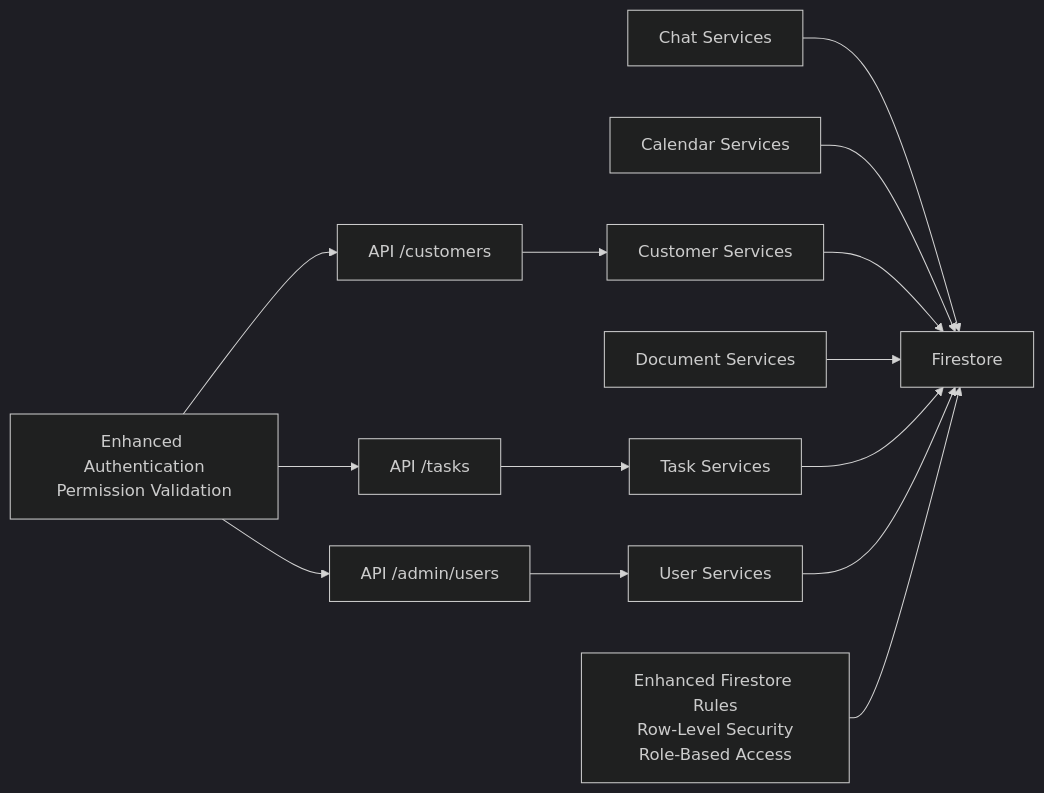
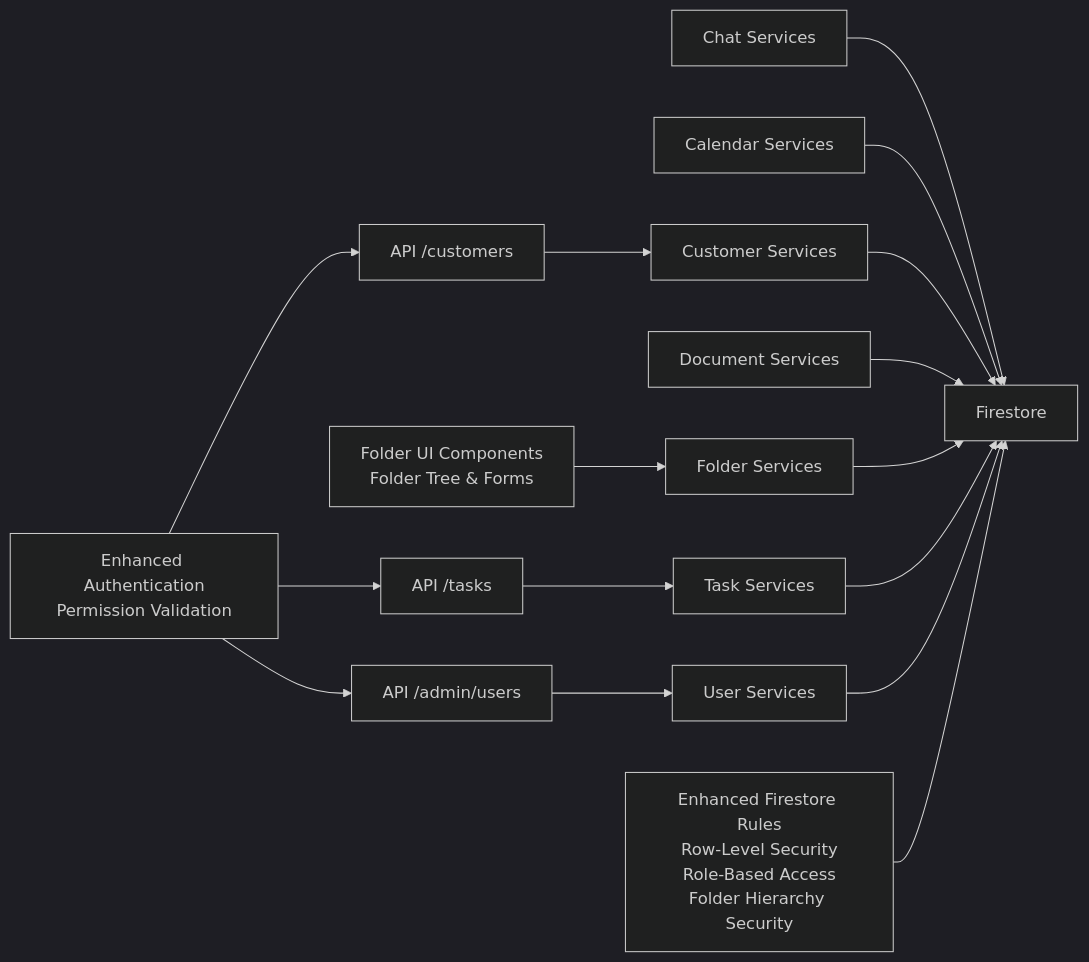
Diagram 11 of 11 in .qoder/repowiki/en/content/Database Schema.md (ngothanhtung/claude-code-shadcn-dashboard), drawn with Mermaid (dark theme) before and after one commit. The commit also changed other lines of this file and 112 other files, not shown here.

First line of the commit message:
feat(folder): add hierarchical folder management system with access control

````diff
--- a/.qoder/repowiki/en/content/Database Schema.md
+++ b/.qoder/repowiki/en/content/Database Schema.md
@@ -452,16 +542,18 @@
 ```mermaid
 graph LR
 API_Admin_Users["API /admin/users"] --> Service_Users["User Services"]
 API_Customers["API /customers"] --> Service_Customers["Customer Services"]
 API_Tasks["API /tasks"] --> Service_Tasks["Task Services"]
 Service_Chat["Chat Services"] --> Firestore["Firestore"]
 Service_Calendar["Calendar Services"] --> Firestore
 Service_Customers --> Firestore
 Service_Documents["Document Services"] --> Firestore
+Service_Folders["Folder Services"] --> Firestore
 Service_Tasks --> Firestore
 Service_Users --> Firestore
-Enhanced_Rules["Enhanced Firestore Rules<br/>Row-Level Security<br/>Role-Based Access"] --> Firestore
+Enhanced_Rules["Enhanced Firestore Rules<br/>Row-Level Security<br/>Role-Based Access<br/>Folder Hierarchy Security"] --> Firestore
 Auth_Layer["Enhanced Authentication<br/>Permission Validation"] --> API_Admin_Users
 Auth_Layer --> API_Customers
 Auth_Layer --> API_Tasks
+Folder_UI["Folder UI Components<br/>Folder Tree & Forms"] --> Service_Folders
 ```
````
